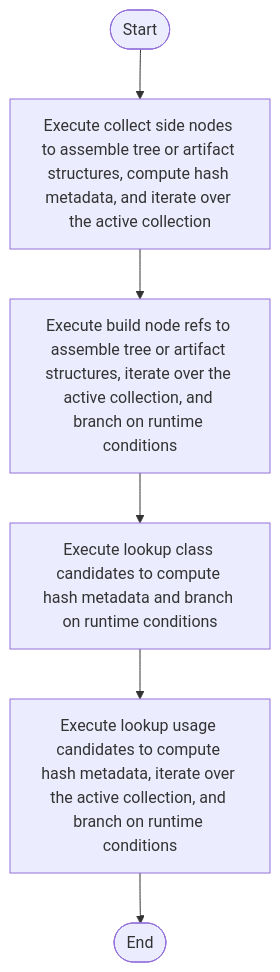
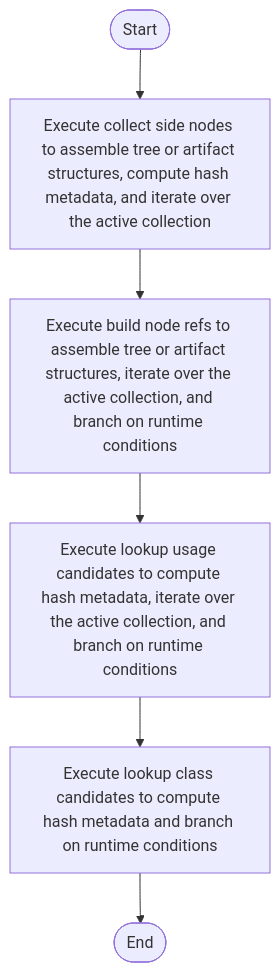
One commit to JohnAndrewBalbarosa/NeoTerritory changed the diagram in docs/Codebase/Microservice/Modules/Source/SyntacticBrokenAST/ParseTree/hash_links_collect.cpp.md. Above: the diagram before and after it, drawn with Mermaid. The commit also changed 148 other files, not shown here.

````diff
--- a/docs/Codebase/Microservice/Modules/Source/SyntacticBrokenAST/ParseTree/hash_links_collect.cpp.md
+++ b/docs/Codebase/Microservice/Modules/Source/SyntacticBrokenAST/ParseTree/hash_links_collect.cpp.md
@@ -28,14 +28,14 @@
 ```mermaid
 flowchart TD
     Start([Start])
     N0[Execute collect side nodes to assemble tree or artifact structures, compute hash metadata, and iterate over the active collection]
     N1[Execute build node refs to assemble tree or artifact structures, iterate over the active collection, and branch on runtime conditions]
-    N2[Execute lookup class candidates to compute hash metadata and branch on runtime conditions]
-    N3[Execute lookup usage candidates to compute hash metadata, iterate over the active collection, and branch on runtime conditions]
+    N2[Execute lookup usage candidates to compute hash metadata, iterate over the active collection, and branch on runtime conditions]
+    N3[Execute lookup class candidates to compute hash metadata and branch on runtime conditions]
     End([End])
     Start --> N0
     N0 --> N1
     N1 --> N2
     N2 --> N3
     N3 --> End
 ```
````
